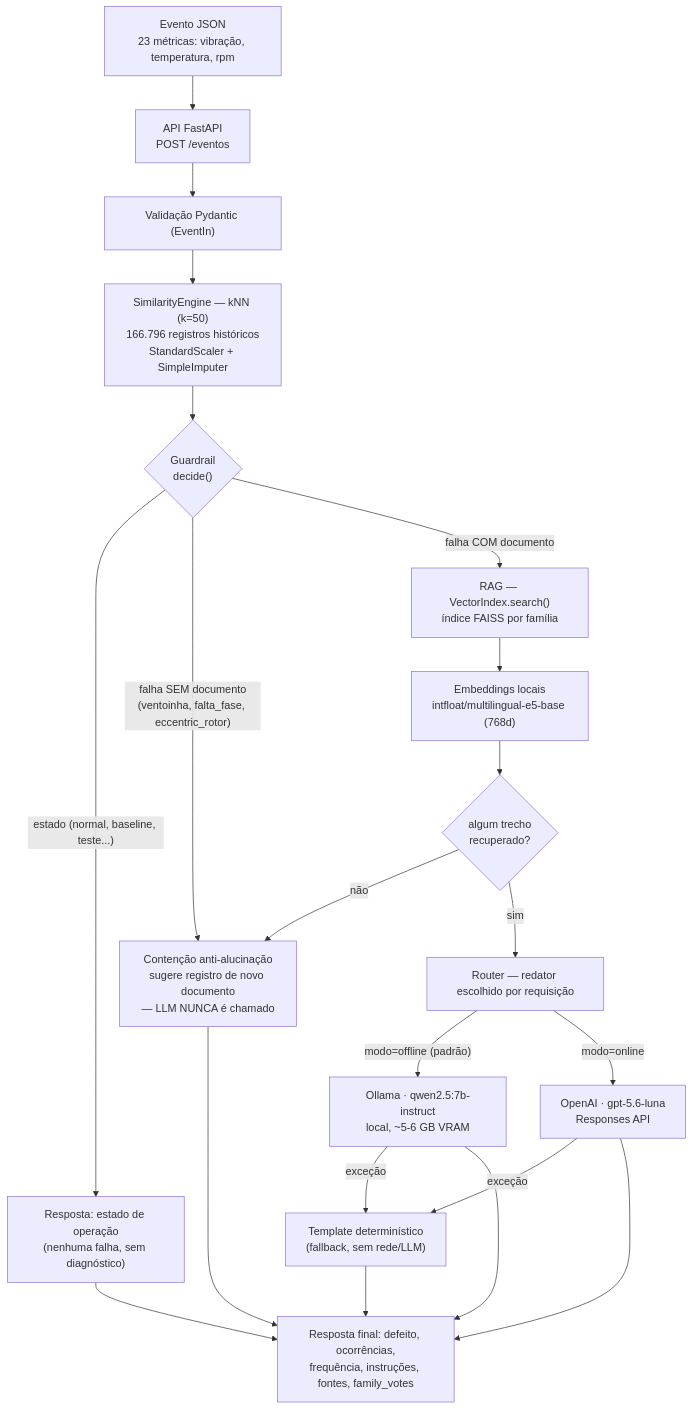
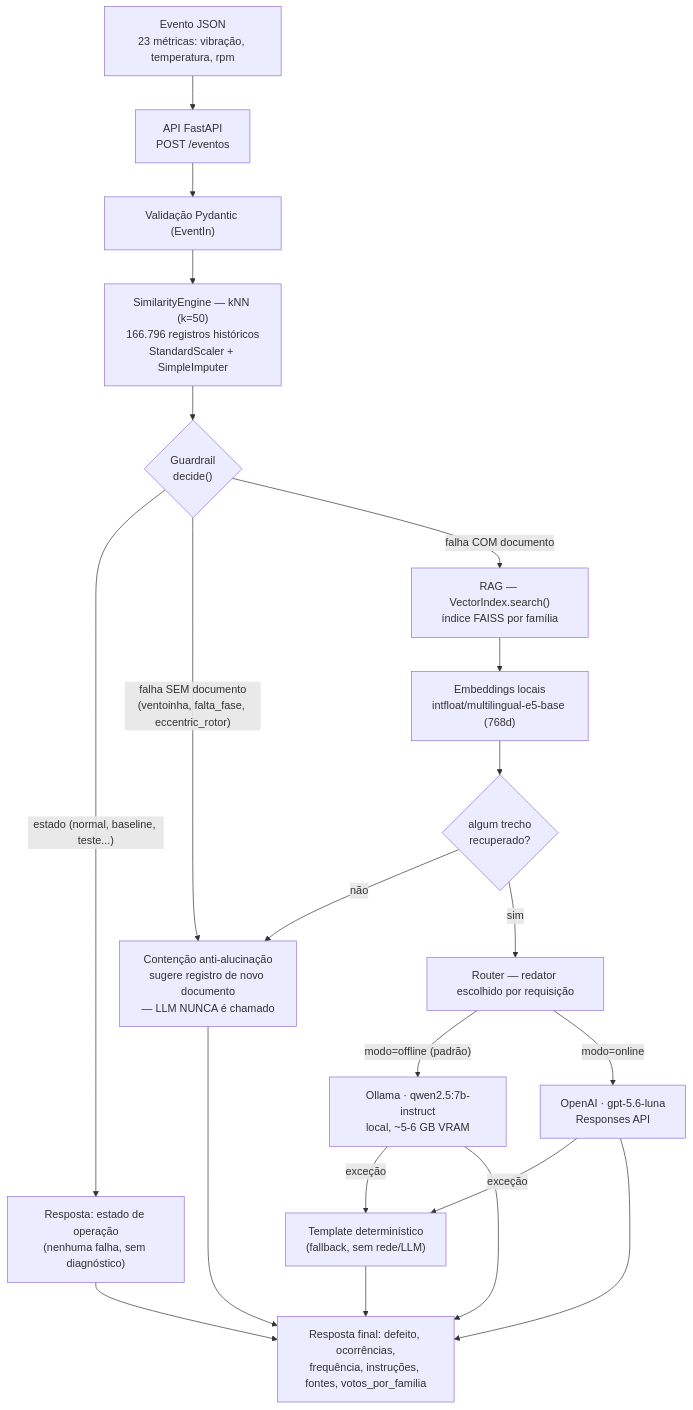
The diagram in README.md (DaviBeckha/Senai-Prova-Pleno), drawn with Mermaid before and after one commit. The commit also changed other lines of this file and 8 other files, not shown here.

````diff
--- a/README.md
+++ b/README.md
@@ -41,23 +41,23 @@
 ```mermaid
 flowchart TD
     A["Evento JSON<br/>23 métricas: vibração, temperatura, rpm"] --> B["API FastAPI<br/>POST /eventos"]
     B --> C["Validação Pydantic (EventIn)"]
     C --> D["SimilarityEngine — kNN (k=50)<br/>166.796 registros históricos<br/>StandardScaler + SimpleImputer"]
     D --> E{"Guardrail<br/>decide()"}
     E -->|"estado (normal, baseline, teste...)"| F["Resposta: estado de operação<br/>(nenhuma falha, sem diagnóstico)"]
     E -->|"falha SEM documento<br/>(ventoinha, falta_fase, eccentric_rotor)"| G["Contenção anti-alucinação<br/>sugere registro de novo documento<br/>— LLM NUNCA é chamado"]
     E -->|"falha COM documento"| H["RAG — VectorIndex.search()<br/>índice FAISS por família"]
     H --> I["Embeddings locais<br/>intfloat/multilingual-e5-base (768d)"]
     I --> J{"algum trecho<br/>recuperado?"}
     J -->|"não"| G
     J -->|"sim"| K["Router — redator escolhido por requisição"]
     K -->|"modo=offline (padrão)"| L["Ollama · qwen2.5:7b-instruct<br/>local, ~5-6 GB VRAM"]
     K -->|"modo=online"| M["OpenAI · gpt-5.6-luna<br/>Responses API"]
     L -->|"exceção"| N["Template determinístico<br/>(fallback, sem rede/LLM)"]
     M -->|"exceção"| N
     L --> O
     M --> O
-    N --> O["Resposta final: defeito, ocorrências,<br/>frequência, instruções, fontes, family_votes"]
+    N --> O["Resposta final: defeito, ocorrências,<br/>frequência, instruções, fontes, votos_por_familia"]
     F --> O
     G --> O
 ```
````
